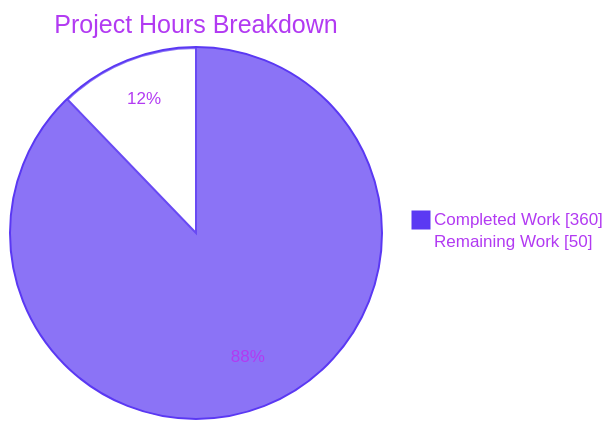
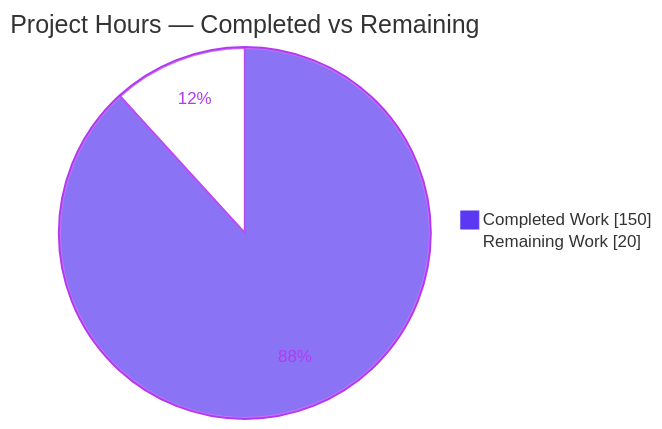
Before and after one commit to Blitzy-Sandbox/blitzy-ghostfolio: the second of 3 diagrams in blitzy/documentation/Project Guide.md, drawn with Mermaid. The commit also changed other lines of this file, not shown here.

Commit message:
Adding Blitzy Project Guide: Project Status and Human Tasks Remaining

````diff
--- a/blitzy/documentation/Project Guide.md
+++ b/blitzy/documentation/Project Guide.md
@@ -251,6 +224,6 @@
 ```mermaid
-%%{init: {'theme':'base', 'themeVariables': { 'pie1':'#5B39F3', 'pie2':'#FFFFFF', 'pieStrokeColor':'#5B39F3', 'pieOuterStrokeColor':'#5B39F3', 'pieTitleTextColor':'#B23AF2', 'pieSectionTextColor':'#B23AF2', 'pieLegendTextColor':'#B23AF2'}}}%%
-pie showData title Project Hours Breakdown
-    "Completed Work" : 360
-    "Remaining Work" : 50
+%%{init: {'theme':'base', 'themeVariables': {'pie1':'#5B39F3','pie2':'#FFFFFF','pieStrokeColor':'#B23AF2','pieStrokeWidth':'2px','pieOuterStrokeColor':'#B23AF2','pieOuterStrokeWidth':'2px','pieSectionTextColor':'#B23AF2'}}}%%
+pie showData title Project Hours — Completed vs Remaining
+    "Completed Work" : 150
+    "Remaining Work" : 20
 ```
````
